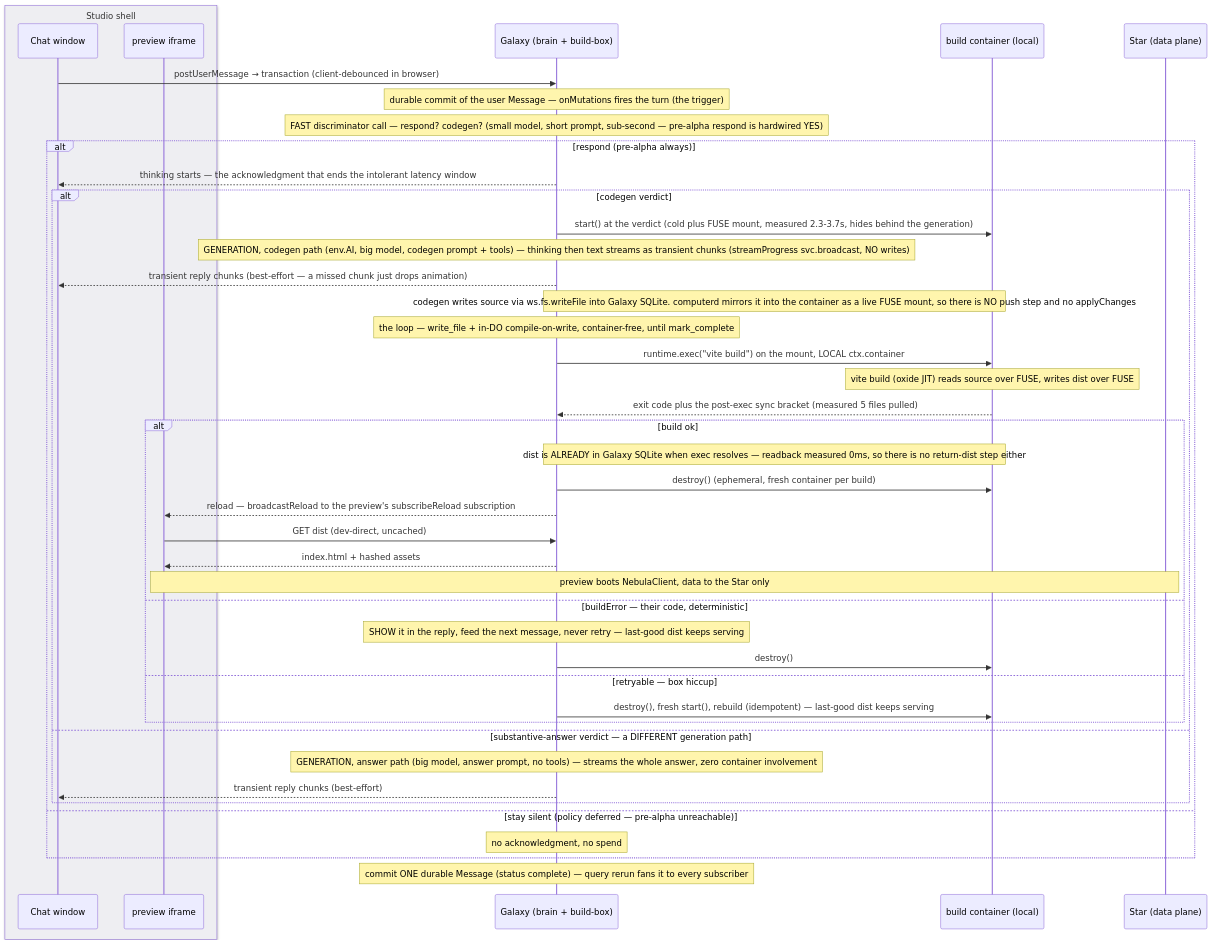
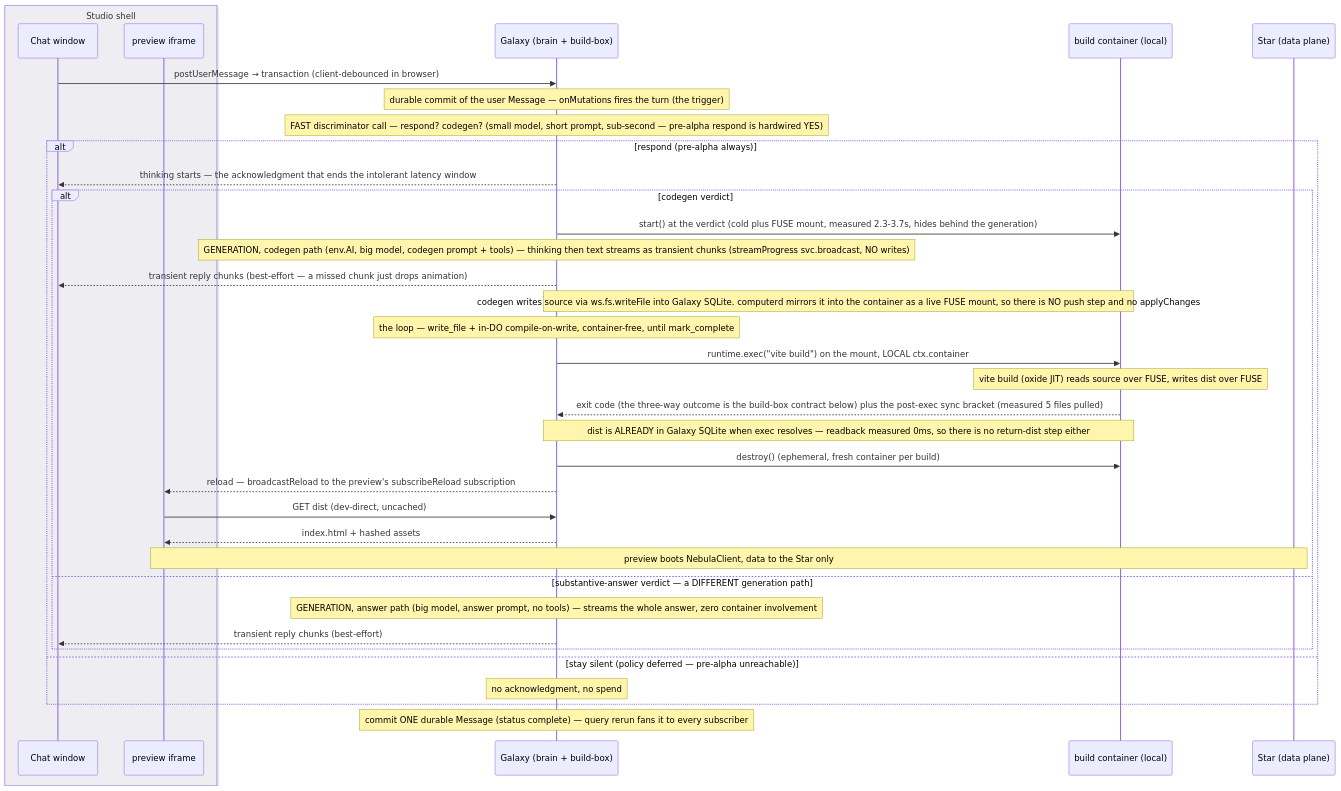
The first of 2 diagrams in tasks/nebula-galaxy-collapse-and-chat.md (lumenize/lumenize), drawn with Mermaid before and after one commit.

Commit message:
docs(collapse): drop the build-outcome alt from the diagram (hand review)
The Core flow's job is the turn's shape, and the build outcome doesn't
change it — the reply commits either way. The three-way split's home is
the build-box contract thirty lines below; the diagram's copy was the
drifting kind. One breadcrumb on the exit-code arrow points at it.

````diff
--- a/tasks/nebula-galaxy-collapse-and-chat.md
+++ b/tasks/nebula-galaxy-collapse-and-chat.md
@@ -75,45 +75,38 @@
 ```mermaid
 sequenceDiagram
     box rgb(238,238,242) Studio shell
       participant Chat as Chat window
       participant P as preview iframe
     end
     participant G as Galaxy (brain + build-box)
     participant K as build container (local)
     participant Da as Star (data plane)
     Chat->>G: postUserMessage → transaction (client-debounced in browser)
     Note over G: durable commit of the user Message — onMutations fires the turn (the trigger)
     Note over G: FAST discriminator call — respond? codegen? (small model, short prompt, sub-second — pre-alpha respond is hardwired YES)
     alt respond (pre-alpha always)
       G-->>Chat: thinking starts — the acknowledgment that ends the intolerant latency window
       alt codegen verdict
         G->>K: start() at the verdict (cold plus FUSE mount, measured 2.3-3.7s, hides behind the generation)
         Note over G: GENERATION, codegen path (env.AI, big model, codegen prompt + tools) — thinking then text streams as transient chunks (streamProgress svc.broadcast, NO writes)
         G-->>Chat: transient reply chunks (best-effort — a missed chunk just drops animation)
         Note over G,K: codegen writes source via ws.fs.writeFile into Galaxy SQLite. computerd mirrors it into the container as a live FUSE mount, so there is NO push step and no applyChanges
         Note over G: the loop — write_file + in-DO compile-on-write, container-free, until mark_complete
         G->>K: runtime.exec("vite build") on the mount, LOCAL ctx.container
         Note over K: vite build (oxide JIT) reads source over FUSE, writes dist over FUSE
-        K-->>G: exit code plus the post-exec sync bracket (measured 5 files pulled)
-        alt build ok
-          Note over G,K: dist is ALREADY in Galaxy SQLite when exec resolves — readback measured 0ms, so there is no return-dist step either
-          G->>K: destroy() (ephemeral, fresh container per build)
-          G-->>P: reload — broadcastReload to the preview's subscribeReload subscription
-          P->>G: GET dist (dev-direct, uncached)
-          G-->>P: index.html + hashed assets
-          Note over P,Da: preview boots NebulaClient, data to the Star only
-        else buildError — their code, deterministic
-          Note over G: SHOW it in the reply, feed the next message, never retry — last-good dist keeps serving
-          G->>K: destroy()
-        else retryable — box hiccup
-          G->>K: destroy(), fresh start(), rebuild (idempotent) — last-good dist keeps serving
-        end
+        K-->>G: exit code (the three-way outcome is the build-box contract below) plus the post-exec sync bracket (measured 5 files pulled)
+        Note over G,K: dist is ALREADY in Galaxy SQLite when exec resolves — readback measured 0ms, so there is no return-dist step either
+        G->>K: destroy() (ephemeral, fresh container per build)
+        G-->>P: reload — broadcastReload to the preview's subscribeReload subscription
+        P->>G: GET dist (dev-direct, uncached)
+        G-->>P: index.html + hashed assets
+        Note over P,Da: preview boots NebulaClient, data to the Star only
       else substantive-answer verdict — a DIFFERENT generation path
         Note over G: GENERATION, answer path (big model, answer prompt, no tools) — streams the whole answer, zero container involvement
         G-->>Chat: transient reply chunks (best-effort)
       end
     else stay silent (policy deferred — pre-alpha unreachable)
       Note over G: no acknowledgment, no spend
     end
     Note over G: commit ONE durable Message (status complete) — query rerun fans it to every subscriber
 ```
````
